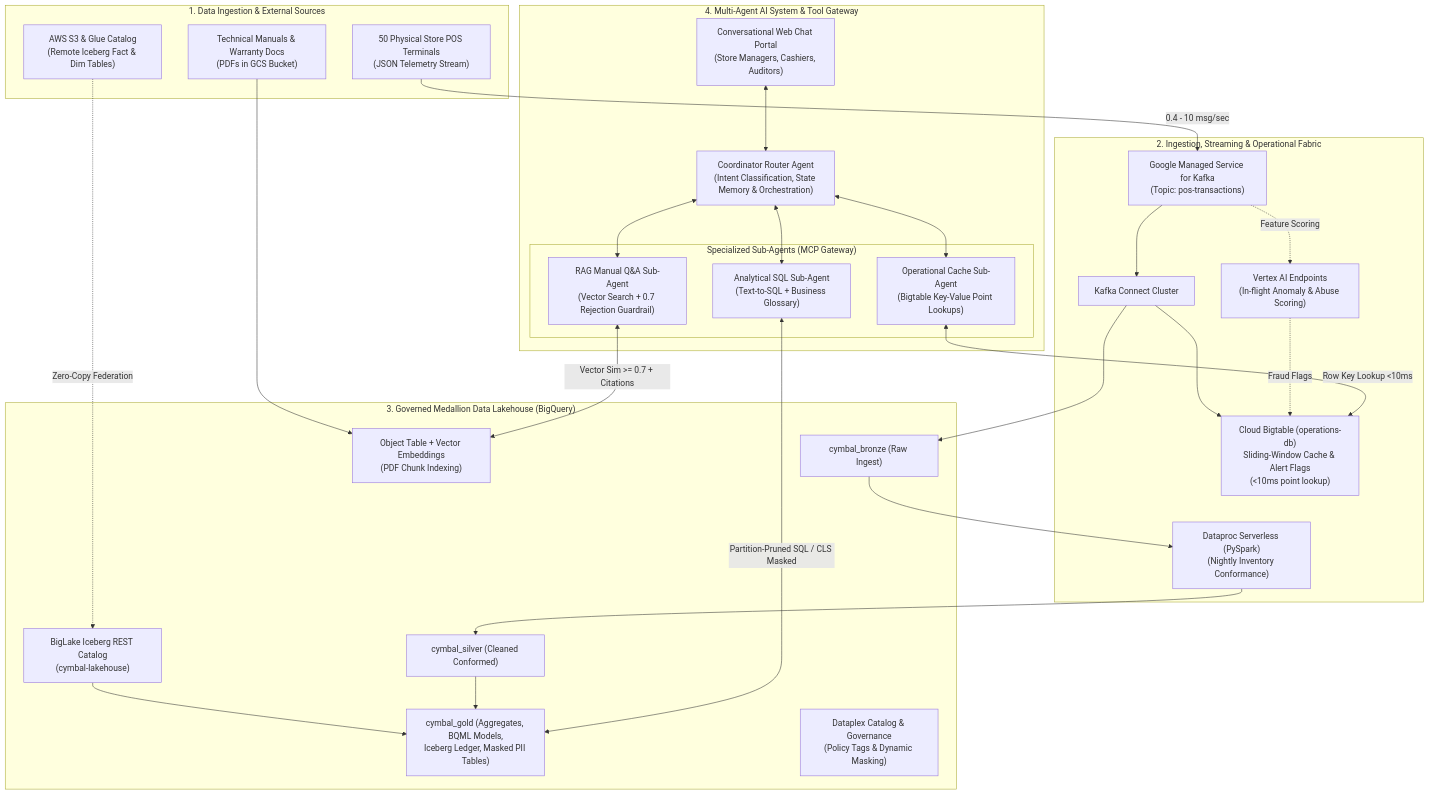
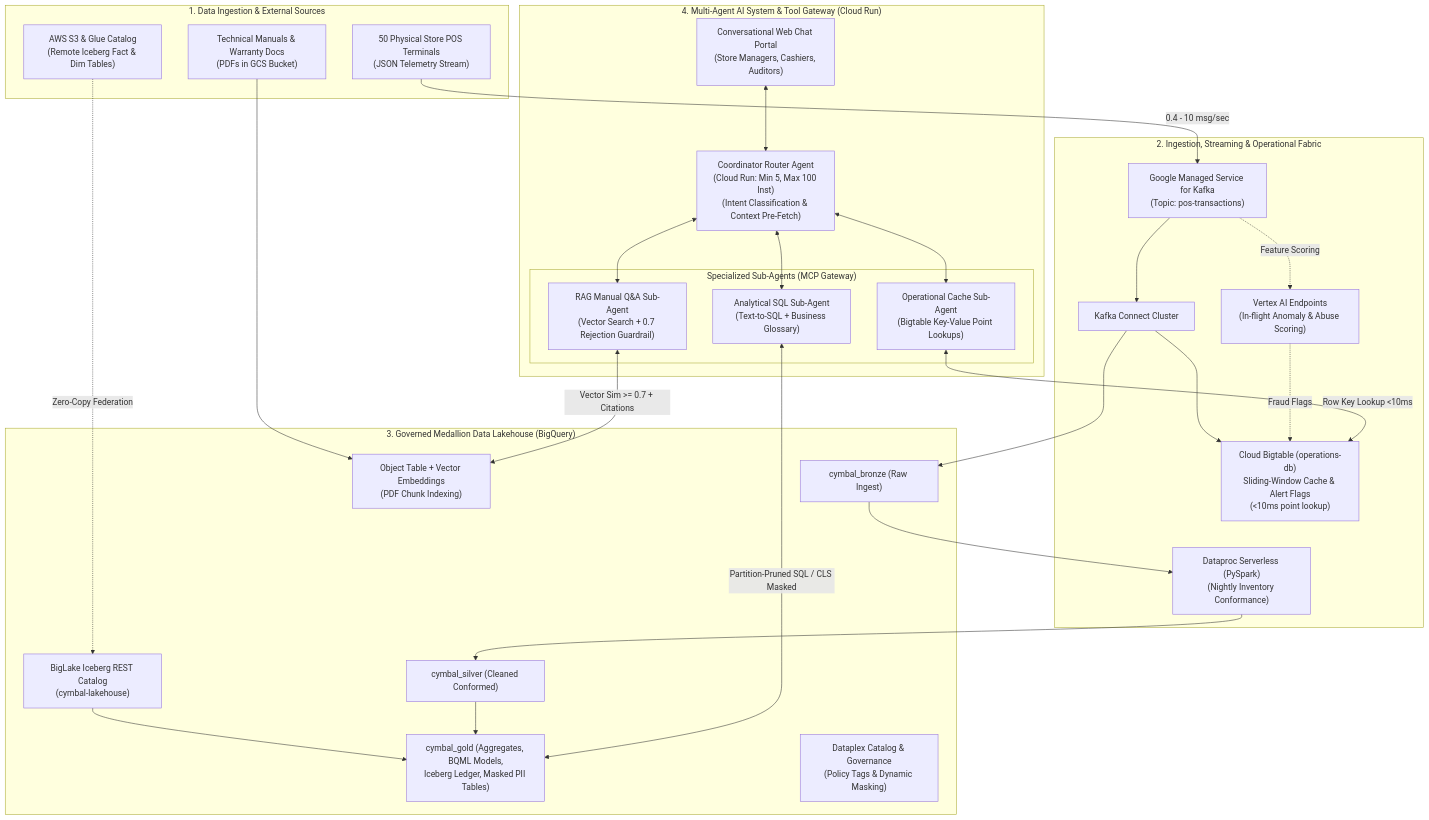
One commit to vanchee/elevate-da-adv-day1 changed the first of 7 diagrams in sdd-template.md. Above: the diagram before and after it, drawn with Mermaid. The commit also changed other lines of this file and 1 other file, not shown here.

Commit message:
Address architect and CISO evaluation feedback: Cloud Run auto-scaling, delta deployment model, RBAC matrix, VPC-SC egress controls, and context pre-fetching

````diff
--- a/sdd-template.md
+++ b/sdd-template.md
@@ -74,57 +77,57 @@
 ```mermaid
 flowchart TD
     subgraph Sources ["1. Data Ingestion & External Sources"]
         AWS_S3["AWS S3 & Glue Catalog<br/>(Remote Iceberg Fact & Dim Tables)"]
         POS_Stream["50 Physical Store POS Terminals<br/>(JSON Telemetry Stream)"]
         PDF_Docs["Technical Manuals & Warranty Docs<br/>(PDFs in GCS Bucket)"]
     end
 
     subgraph Streaming_Storage ["2. Ingestion, Streaming & Operational Fabric"]
         MKafka["Google Managed Service for Kafka<br/>(Topic: pos-transactions)"]
         KConnect["Kafka Connect Cluster"]
         Bigtable["Cloud Bigtable (operations-db)<br/>Sliding-Window Cache & Alert Flags<br/>(<10ms point lookup)"]
         Endpoints["Vertex AI Endpoints<br/>(In-flight Anomaly & Abuse Scoring)"]
         ServerlessSpark["Dataproc Serverless (PySpark)<br/>(Nightly Inventory Conformance)"]
     end
 
     subgraph Medallion_DW ["3. Governed Medallion Data Lakehouse (BigQuery)"]
         BigLake["BigLake Iceberg REST Catalog<br/>(cymbal-lakehouse)"]
         Bronze["cymbal_bronze (Raw Ingest)"]
         Silver["cymbal_silver (Cleaned Conformed)"]
         Gold["cymbal_gold (Aggregates, BQML Models,<br/>Iceberg Ledger, Masked PII Tables)"]
         ObjTable["Object Table + Vector Embeddings<br/>(PDF Chunk Indexing)"]
         Dataplex["Dataplex Catalog & Governance<br/>(Policy Tags & Dynamic Masking)"]
     end
 
-    subgraph Agentic_Platform ["4. Multi-Agent AI System & Tool Gateway"]
+    subgraph Agentic_Platform ["4. Multi-Agent AI System & Tool Gateway (Cloud Run)"]
         UI["Conversational Web Chat Portal<br/>(Store Managers, Cashiers, Auditors)"]
-        Router["Coordinator Router Agent<br/>(Intent Classification, State Memory & Orchestration)"]
+        Router["Coordinator Router Agent<br/>(Cloud Run: Min 5, Max 100 Inst)<br/>(Intent Classification & Context Pre-Fetch)"]
         
         subgraph SubAgents ["Specialized Sub-Agents (MCP Gateway)"]
             SQLAgent["Analytical SQL Sub-Agent<br/>(Text-to-SQL + Business Glossary)"]
             CacheAgent["Operational Cache Sub-Agent<br/>(Bigtable Key-Value Point Lookups)"]
             RAGAgent["RAG Manual Q&A Sub-Agent<br/>(Vector Search + 0.7 Rejection Guardrail)"]
         end
     end
 
     %% Flows
     AWS_S3 -.->|Zero-Copy Federation| BigLake
     BigLake --> Gold
     POS_Stream -->|0.4 - 10 msg/sec| MKafka
     MKafka --> KConnect
     KConnect --> Bigtable
     KConnect --> Bronze
     Bronze --> ServerlessSpark --> Silver --> Gold
     PDF_Docs --> ObjTable
     MKafka -.->|Feature Scoring| Endpoints
     Endpoints -.->|Fraud Flags| Bigtable
     
     UI <--> Router
     Router <--> SQLAgent
     Router <--> CacheAgent
     Router <--> RAGAgent
     
     SQLAgent <-->|Partition-Pruned SQL / CLS Masked| Gold
     CacheAgent <-->|Row Key Lookup <10ms| Bigtable
     RAGAgent <-->|Vector Sim >= 0.7 + Citations| ObjTable
 ```
````
